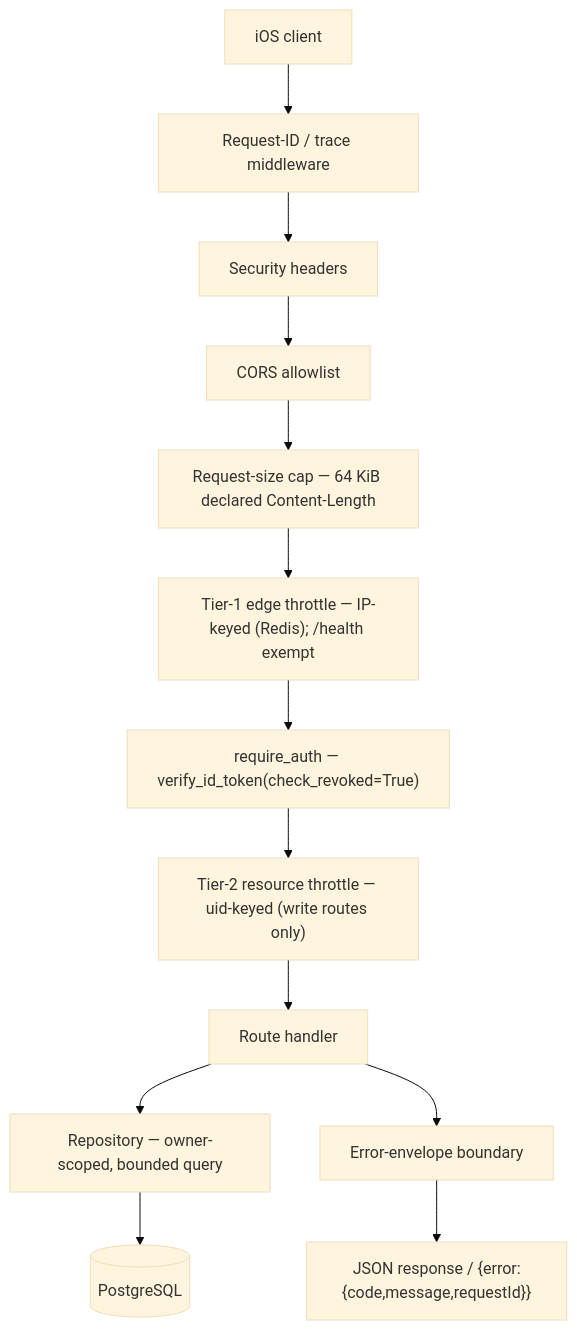
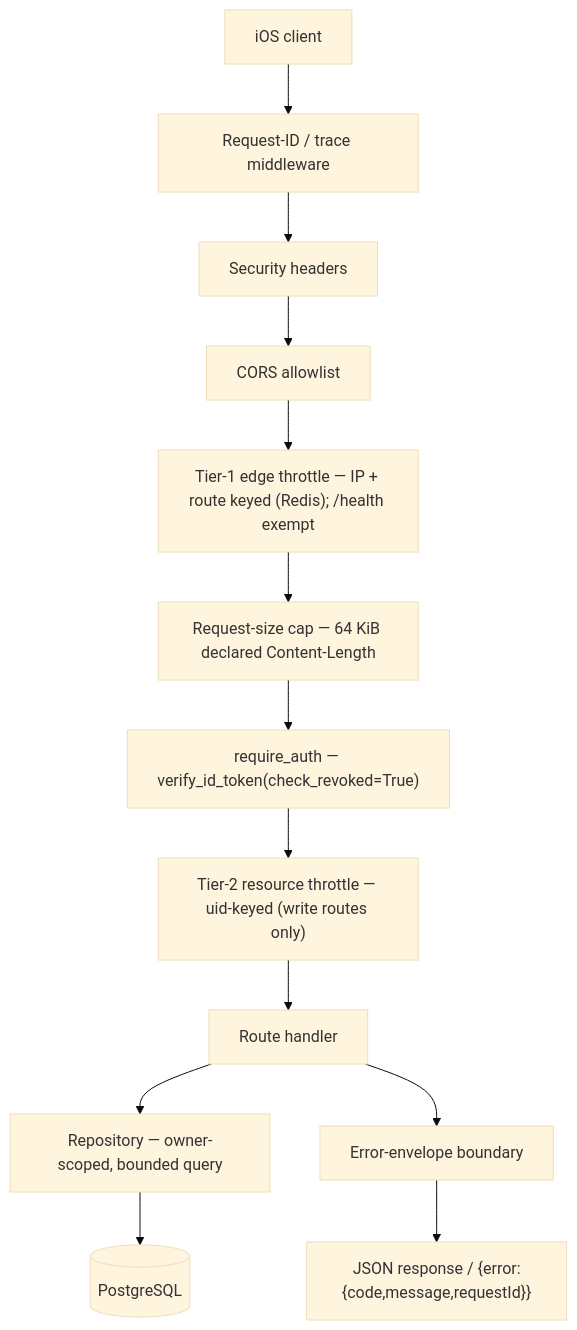
Before and after one commit to bretthinkle123/orbit-fitness-app: the second of 8 diagrams in docs/system_architecture.md, drawn with Mermaid (base theme). The commit also changed other lines of this file and 12 other files, not shown here.

````diff
--- a/docs/system_architecture.md
+++ b/docs/system_architecture.md
@@ -38,15 +38,15 @@
 ```mermaid
 flowchart TD
     Client[iOS client] --> ReqID[Request-ID / trace middleware]
     ReqID --> Headers[Security headers]
     Headers --> CORS[CORS allowlist]
-    CORS --> BodySize[Request-size cap — 64 KiB declared Content-Length]
-    BodySize --> Tier1["Tier-1 edge throttle — IP-keyed (Redis); /health exempt"]
-    Tier1 --> Auth["require_auth — verify_id_token(check_revoked=True)"]
+    CORS --> Tier1["Tier-1 edge throttle — IP + route keyed (Redis); /health exempt"]
+    Tier1 --> BodySize[Request-size cap — 64 KiB declared Content-Length]
+    BodySize --> Auth["require_auth — verify_id_token(check_revoked=True)"]
     Auth --> Tier2["Tier-2 resource throttle — uid-keyed (write routes only)"]
     Tier2 --> Handler[Route handler]
     Handler --> Repo[Repository — owner-scoped, bounded query]
     Repo --> Postgres[(PostgreSQL)]
     Handler --> Envelope[Error-envelope boundary]
     Envelope --> Response["JSON response / {error:{code,message,requestId}}"]
 ```
````
